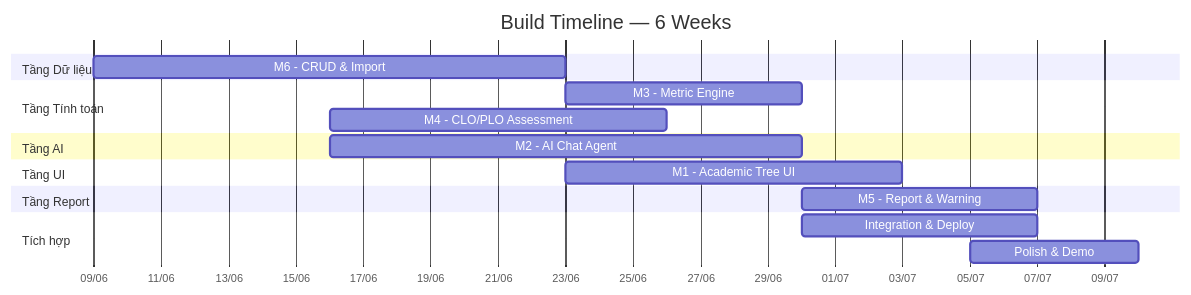
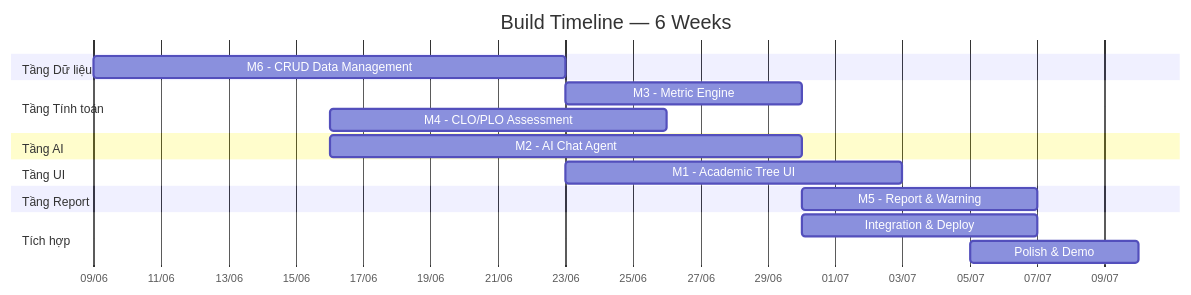
One commit to ritvien/-Learning-Analytics-AI changed the sixth of 6 diagrams in docs/02-PRD/PRD.md. Above: the diagram before and after it, drawn with Mermaid. The commit also changed other lines of this file and 1 other file, not shown here.

````diff
--- a/docs/02-PRD/PRD.md
+++ b/docs/02-PRD/PRD.md
@@ -466,26 +459,26 @@
 ```mermaid
 gantt
     title Build Timeline — 6 Weeks
     dateFormat YYYY-MM-DD
     axisFormat %d/%m
 
     section Tầng Dữ liệu
-    M6 - CRUD & Import          :m6, 2026-06-09, 14d
+    M6 - CRUD Data Management   :m6, 2026-06-09, 14d
 
     section Tầng Tính toán
     M3 - Metric Engine          :m3, after m6, 7d
     M4 - CLO/PLO Assessment     :m4, 2026-06-16, 10d
 
     section Tầng AI
     M2 - AI Chat Agent          :m2, 2026-06-16, 14d
 
     section Tầng UI
     M1 - Academic Tree UI       :m1, 2026-06-23, 10d
 
     section Tầng Report
     M5 - Report & Warning       :m5, 2026-06-30, 7d
 
     section Tích hợp
     Integration & Deploy        :int, 2026-06-30, 7d
     Polish & Demo               :pol, 2026-07-05, 5d
 ```
````
